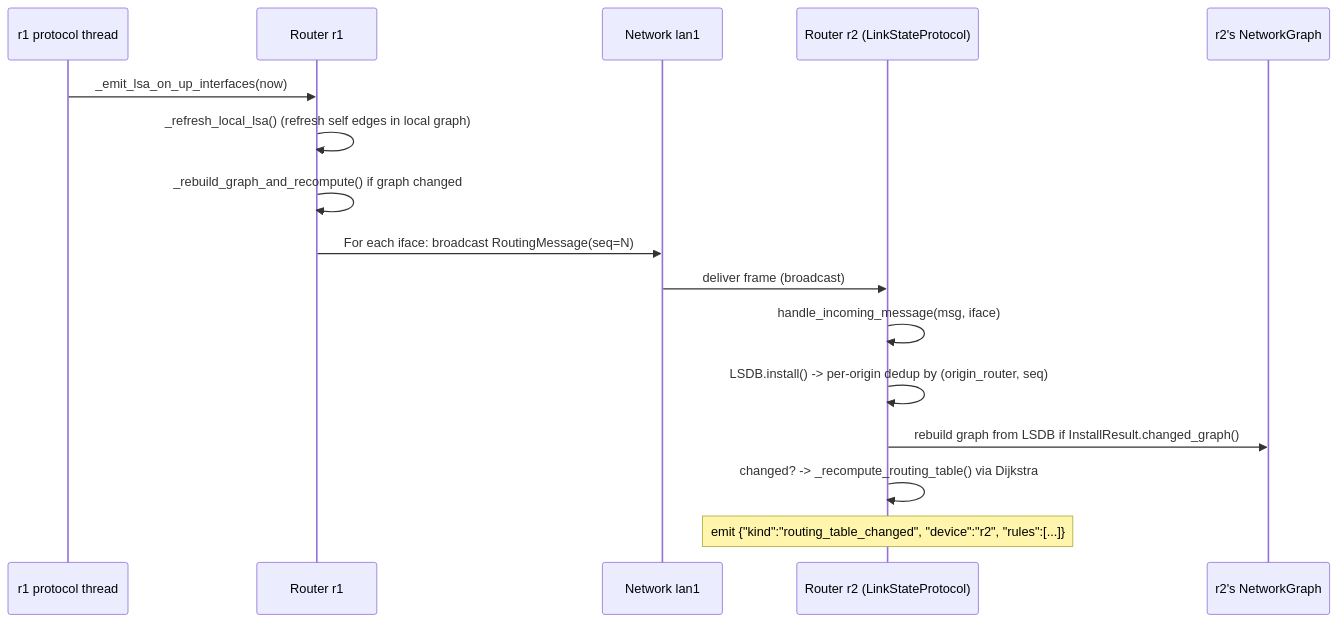
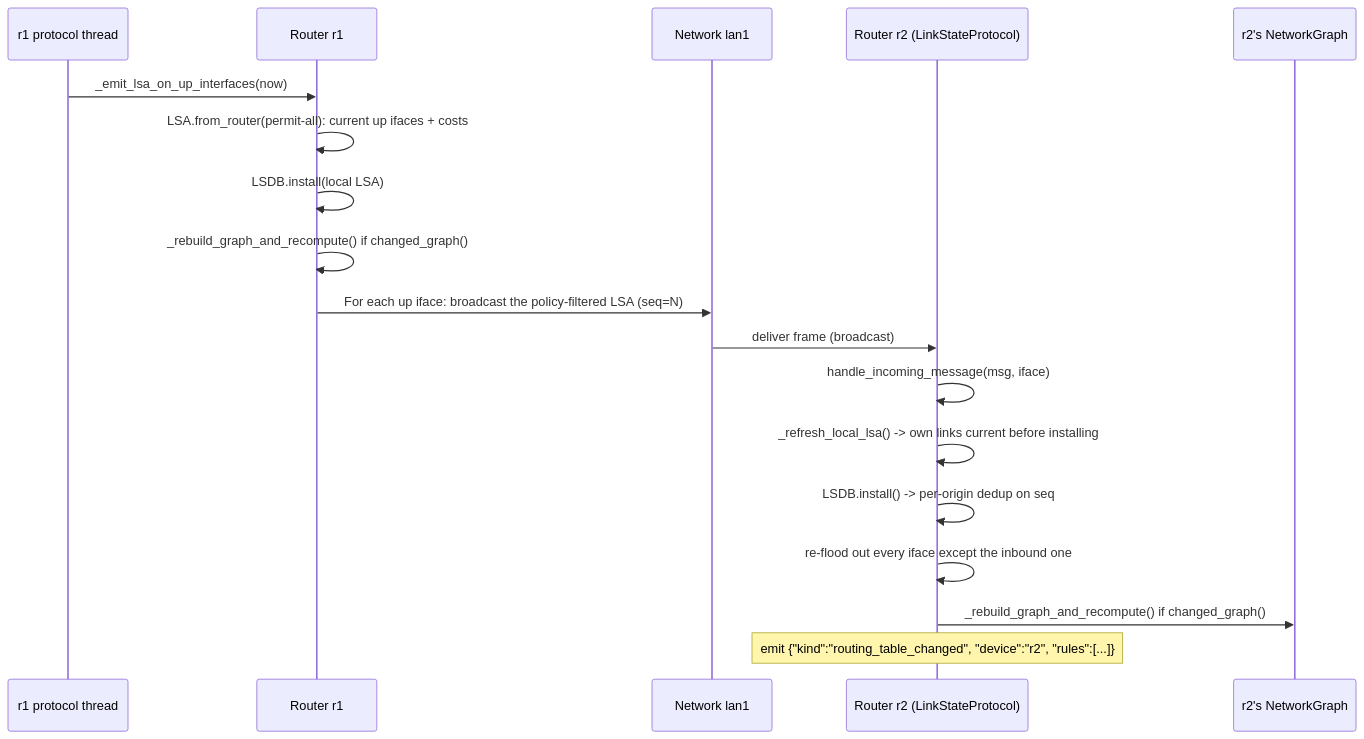
Before and after one commit to lukius/loom: the third of 5 diagrams in docs/architecture/overview.md, drawn with Mermaid. The commit also changed other lines of this file, not shown here.

Commit message:
docs(architecture): fix the overview diagrams and event attributions

````diff
--- a/docs/architecture/overview.md
+++ b/docs/architecture/overview.md
@@ -148,19 +211,21 @@
 ```mermaid
 sequenceDiagram
   participant R1KA as r1 protocol thread
   participant R1 as Router r1
   participant LAN1 as Network lan1
   participant R2 as Router r2 (LinkStateProtocol)
   participant R2GR as r2's NetworkGraph
 
   R1KA->>R1: _emit_lsa_on_up_interfaces(now)
-  R1->>R1: _refresh_local_lsa()  (refresh self edges in local graph)
-  R1->>R1: _rebuild_graph_and_recompute() if graph changed
-  R1->>LAN1: For each iface: broadcast RoutingMessage(seq=N)
+  R1->>R1: LSA.from_router(permit-all): current up ifaces + costs
+  R1->>R1: LSDB.install(local LSA)
+  R1->>R1: _rebuild_graph_and_recompute() if changed_graph()
+  R1->>LAN1: For each up iface: broadcast the policy-filtered LSA (seq=N)
   LAN1->>R2: deliver frame (broadcast)
   R2->>R2: handle_incoming_message(msg, iface)
-  R2->>R2: LSDB.install() -> per-origin dedup by (origin_router, seq)
-  R2->>R2GR: rebuild graph from LSDB if InstallResult.changed_graph()
-  R2->>R2: changed? -> _recompute_routing_table() via Dijkstra
+  R2->>R2: _refresh_local_lsa() -> own links current before installing
+  R2->>R2: LSDB.install() -> per-origin dedup on seq
+  R2->>R2: re-flood out every iface except the inbound one
+  R2->>R2GR: _rebuild_graph_and_recompute() if changed_graph()
   Note over R2: emit {"kind":"routing_table_changed", "device":"r2", "rules":[...]}
 ```
````
